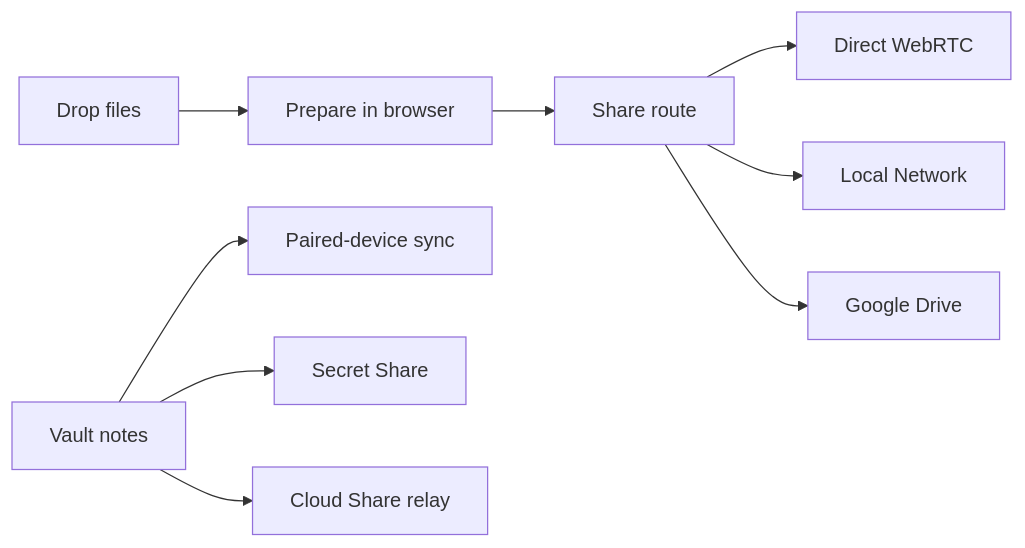
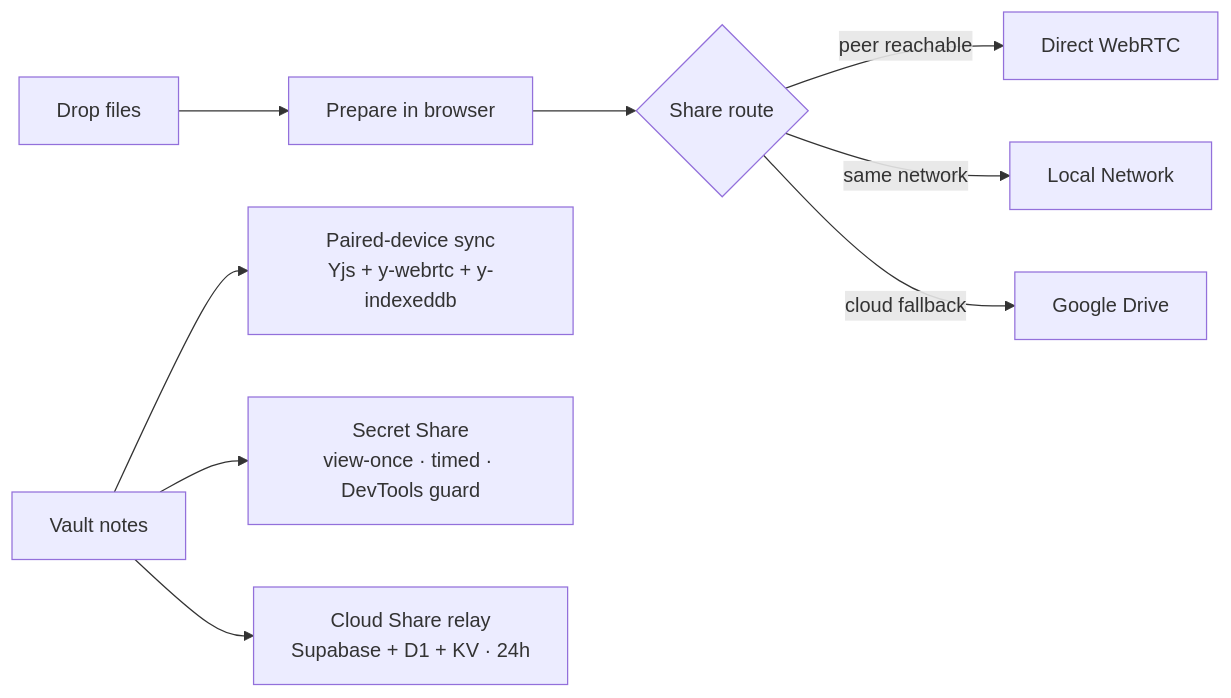
One commit to Abhinavv-007/clex changed the diagram in README.md. Above: the diagram before and after it, drawn with Mermaid. The commit also changed other lines of this file, not shown here.

````diff
--- a/README.md
+++ b/README.md
@@ -69,11 +130,11 @@
 ```mermaid
 flowchart LR
-    A["Drop files"] --> B["Prepare in browser"]
-    B --> C["Share route"]
-    C --> D["Direct WebRTC"]
-    C --> E["Local Network"]
-    C --> F["Google Drive"]
-    G["Vault notes"] --> H["Paired-device sync"]
-    G --> I["Secret Share"]
-    G --> J["Cloud Share relay"]
+    A[Drop files] --> B[Prepare in browser]
+    B --> C{Share route}
+    C -->|peer reachable| D[Direct WebRTC]
+    C -->|same network| E[Local Network]
+    C -->|cloud fallback| F[Google Drive]
+    G[Vault notes] --> H[Paired-device sync<br/>Yjs + y-webrtc + y-indexeddb]
+    G --> I[Secret Share<br/>view-once · timed · DevTools guard]
+    G --> J[Cloud Share relay<br/>Supabase + D1 + KV · 24h]
 ```
````
